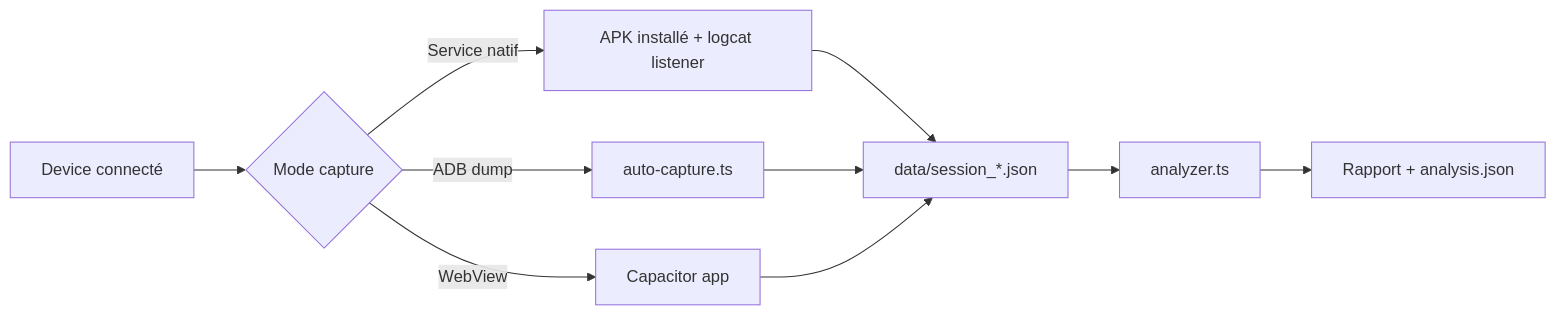
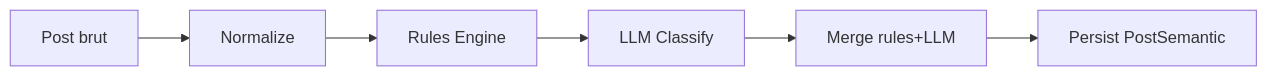
The diagram in CLAUDE.md (ChariereFiedler/scrollout), drawn with Mermaid before and after one commit. The commit also changed other lines of this file and 65 other files, not shown here.

````diff
--- a/CLAUDE.md
+++ b/CLAUDE.md
@@ -211,12 +165,8 @@
 ```mermaid
 graph LR
-    A[Device connecté] --> B{Mode capture}
-    B -->|Service natif| C[APK installé + logcat listener]
-    B -->|ADB dump| D[auto-capture.ts]
-    B -->|WebView| E[Capacitor app]
-    C --> F[data/session_*.json]
-    D --> F
-    E --> F
-    F --> G[analyzer.ts]
-    G --> H[Rapport + analysis.json]
+    A[Post brut] --> B[Normalize]
+    B --> C[Rules Engine]
+    C --> D[LLM Classify]
+    D --> E[Merge rules+LLM]
+    E --> F[Persist PostSemantic]
 ```
````
